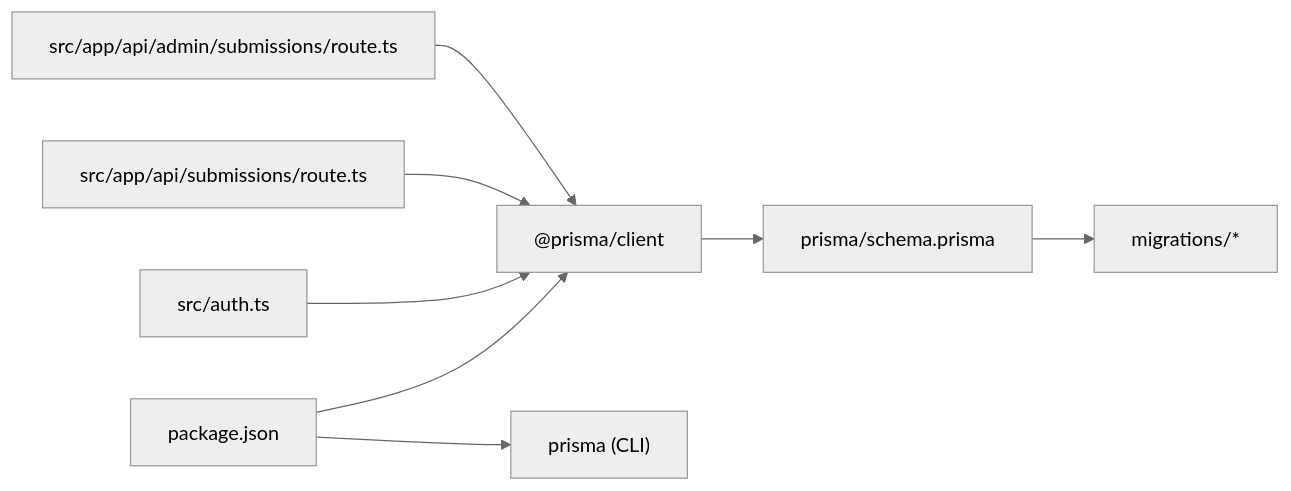
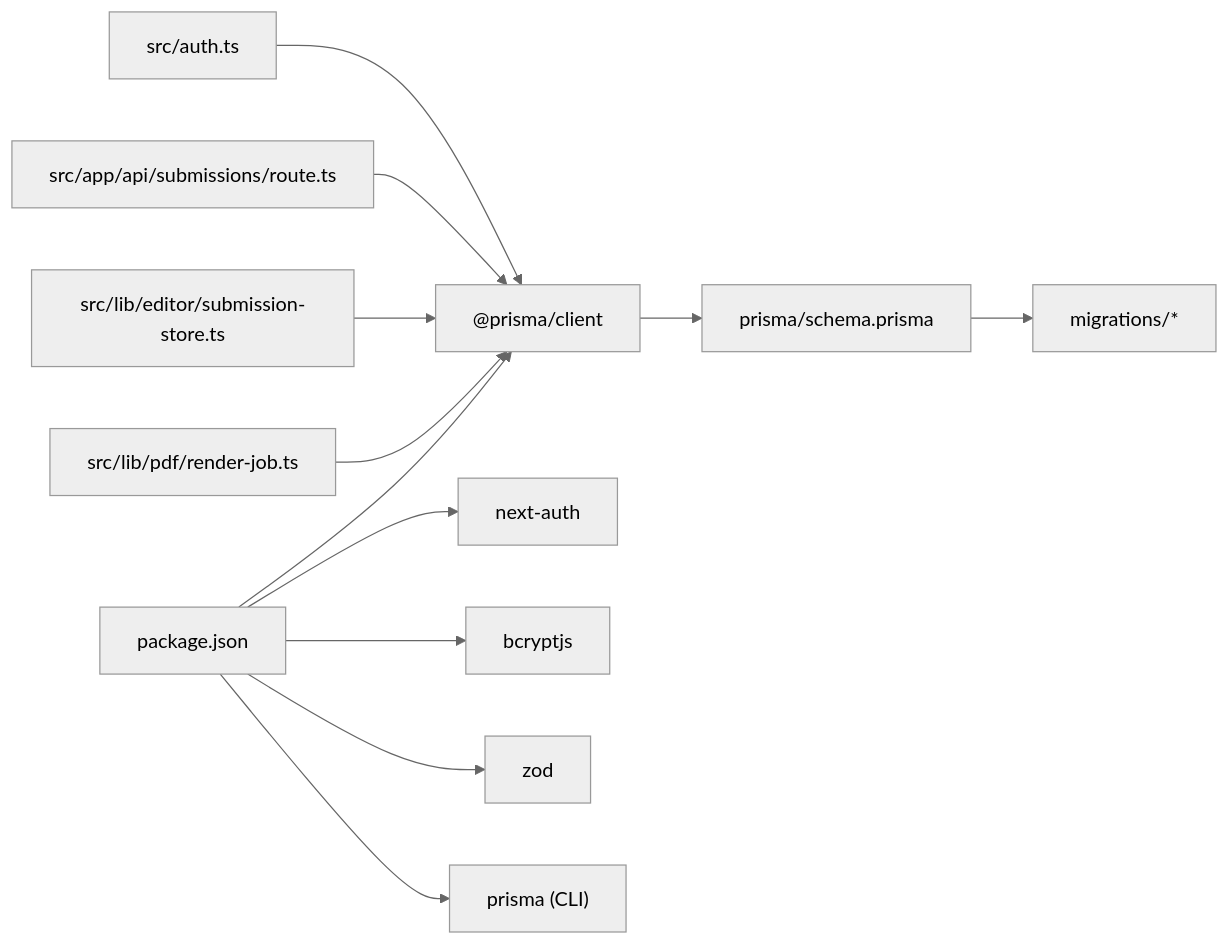
One commit to Crowdspender/titchybooks-app changed the ninth of 9 diagrams in .qoder/repowiki/en/content/Configuration & Environment/Database & Prisma Setup.md. Above: the diagram before and after it, drawn with Mermaid (neutral theme). The commit also changed other lines of this file and 23 other files, not shown here.

Commit message:
fix: address CodeRabbit review findings (docs accuracy, error UI, editor history, render snapshot)

````diff
--- a/.qoder/repowiki/en/content/Configuration & Environment/Database & Prisma Setup.md
+++ b/.qoder/repowiki/en/content/Configuration & Environment/Database & Prisma Setup.md
@@ -292,10 +444,14 @@
 ```mermaid
 graph LR
 Package["package.json"] --> PrismaClient["@prisma/client"]
+Package --> NextAuth["next-auth"]
+Package --> Bcrypt["bcryptjs"]
+Package --> Zod["zod"]
 Package --> PrismaCLI["prisma (CLI)"]
 AuthModule["src/auth.ts"] --> PrismaClient
 APISubmissions["src/app/api/submissions/route.ts"] --> PrismaClient
-APIAdmin["src/app/api/admin/submissions/route.ts"] --> PrismaClient
+SubmissionStore["src/lib/editor/submission-store.ts"] --> PrismaClient
+RenderJob["src/lib/pdf/render-job.ts"] --> PrismaClient
 PrismaClient --> Schema["prisma/schema.prisma"]
 Schema --> Migrations["migrations/*"]
 ```
````
